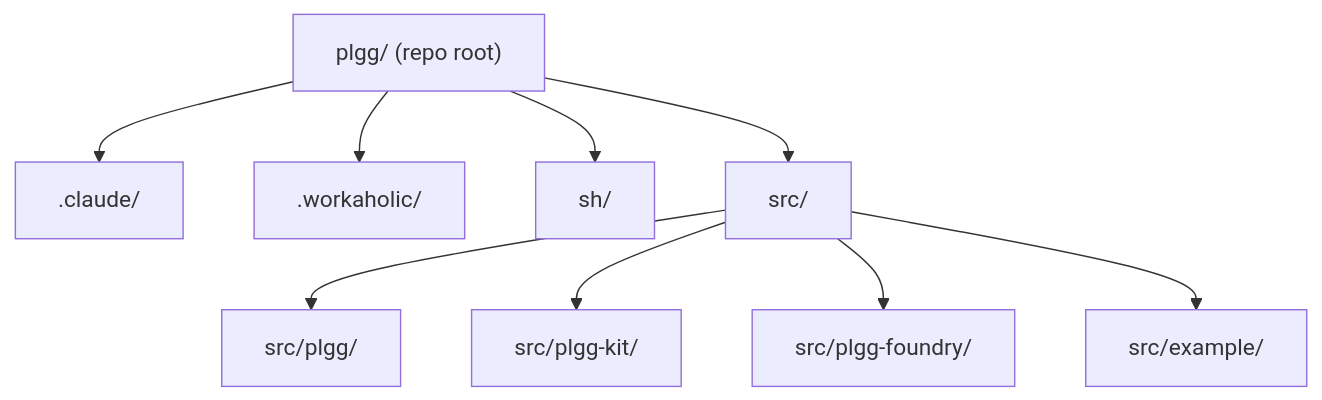
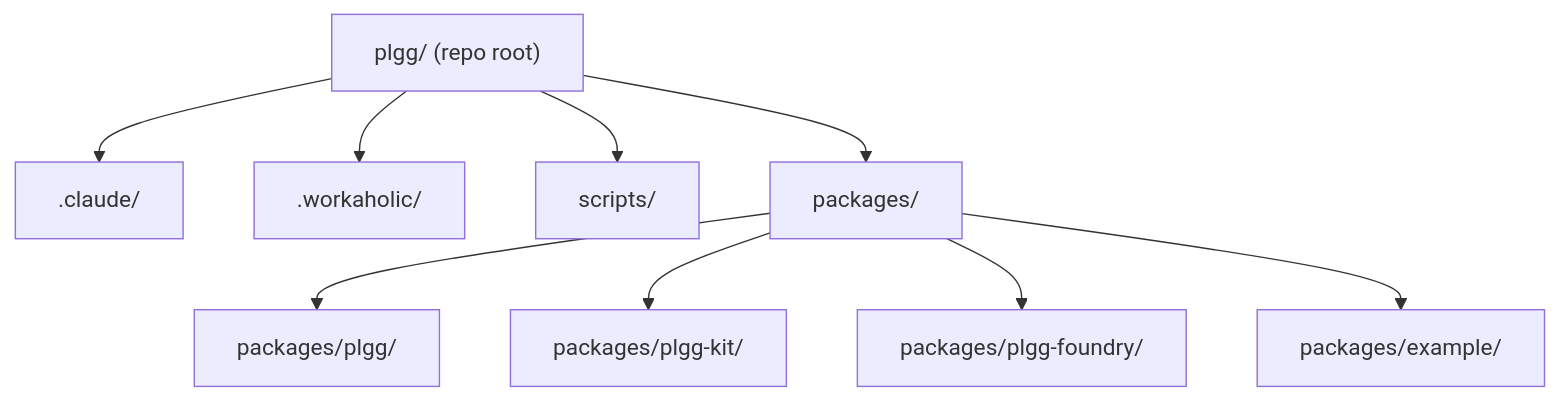
Before and after one commit to qmu/plgg: the second of 3 diagrams in .workaholic/specs/infrastructure.md, drawn with Mermaid. The commit also changed other lines of this file and 564 other files, not shown here.

````diff
--- a/.workaholic/specs/infrastructure.md
+++ b/.workaholic/specs/infrastructure.md
@@ -115,21 +115,21 @@
 ```mermaid
 graph TD
   root["plgg/ (repo root)"]
   claude[".claude/"]
   workaholic[".workaholic/"]
-  sh["sh/"]
-  src["src/"]
-  plgg_pkg["src/plgg/"]
-  kit_pkg["src/plgg-kit/"]
-  foundry_pkg["src/plgg-foundry/"]
-  example_pkg["src/example/"]
+  scripts["scripts/"]
+  packages["packages/"]
+  plgg_pkg["packages/plgg/"]
+  kit_pkg["packages/plgg-kit/"]
+  foundry_pkg["packages/plgg-foundry/"]
+  example_pkg["packages/example/"]
 
   root --> claude
   root --> workaholic
-  root --> sh
-  root --> src
-  src --> plgg_pkg
-  src --> kit_pkg
-  src --> foundry_pkg
-  src --> example_pkg
+  root --> scripts
+  root --> packages
+  packages --> plgg_pkg
+  packages --> kit_pkg
+  packages --> foundry_pkg
+  packages --> example_pkg
 ```
````
